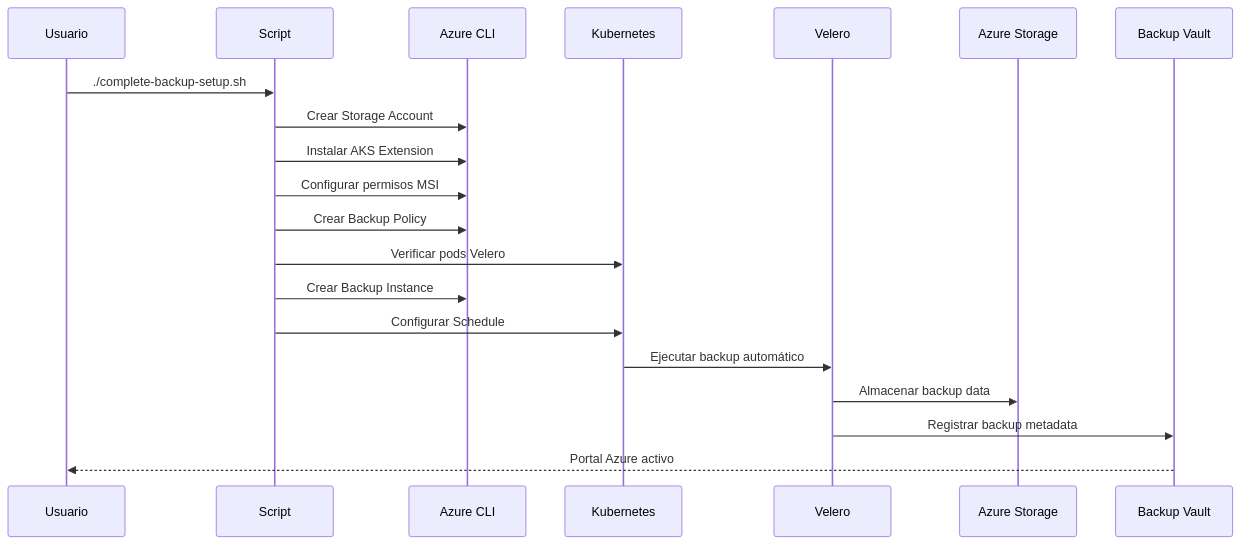
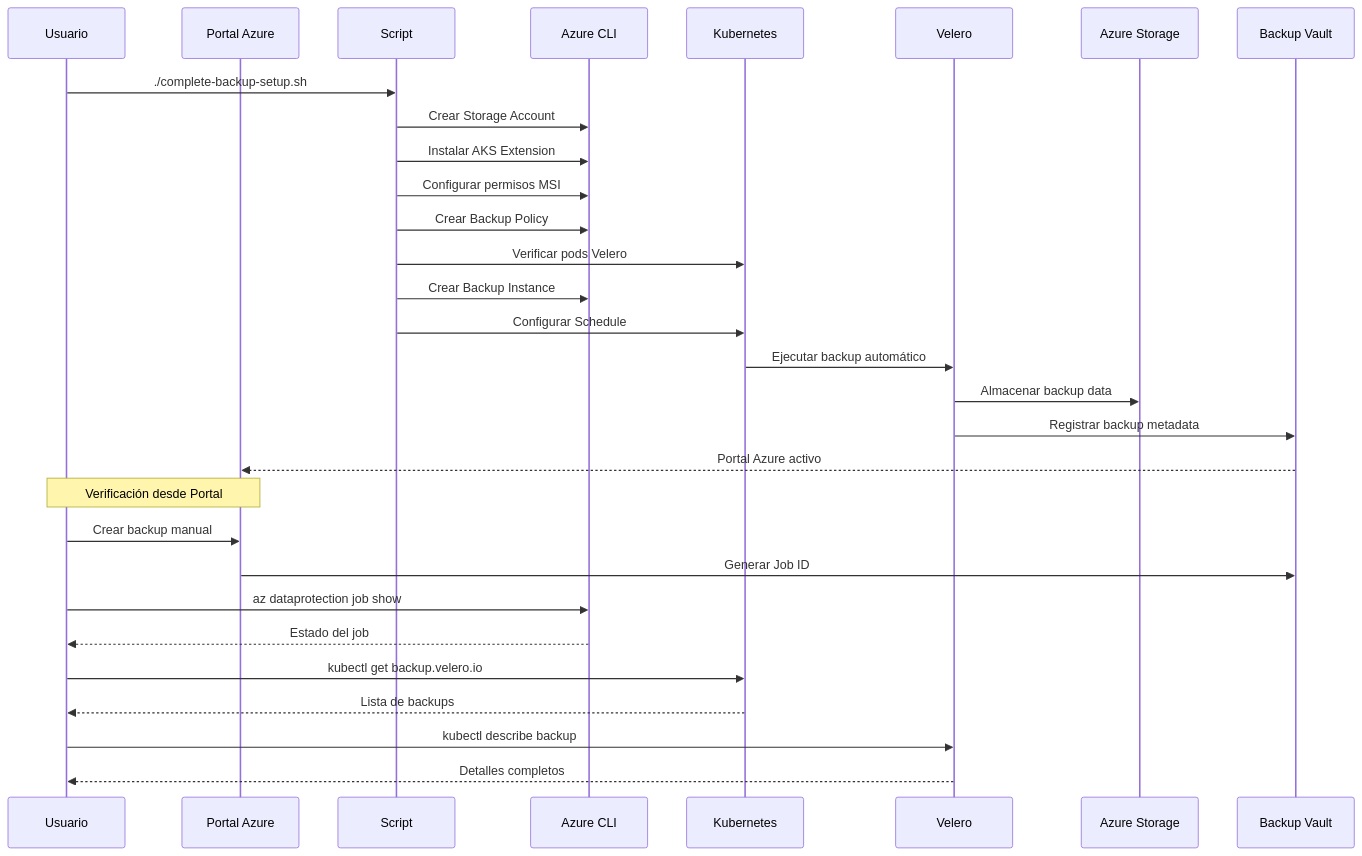
Before and after one commit to giovanemere/iac-ai-enhanced-aks-dev: the second of 18 diagrams in docs/backup-complete-guide.md, drawn with Mermaid. The commit also changed other lines of this file and 10 other files, not shown here.

````diff
--- a/docs/backup-complete-guide.md
+++ b/docs/backup-complete-guide.md
@@ -55,23 +95,34 @@
 ```mermaid
 sequenceDiagram
     participant U as Usuario
+    participant P as Portal Azure
     participant S as Script
     participant AZ as Azure CLI
     participant K8S as Kubernetes
     participant V as Velero
     participant AS as Azure Storage
     participant BV as Backup Vault
     
     U->>S: ./complete-backup-setup.sh
     S->>AZ: Crear Storage Account
     S->>AZ: Instalar AKS Extension
     S->>AZ: Configurar permisos MSI
     S->>AZ: Crear Backup Policy
     S->>K8S: Verificar pods Velero
     S->>AZ: Crear Backup Instance
     S->>K8S: Configurar Schedule
     K8S->>V: Ejecutar backup automático
     V->>AS: Almacenar backup data
     V->>BV: Registrar backup metadata
-    BV-->>U: Portal Azure activo
+    BV-->>P: Portal Azure activo
+    
+    Note over U,P: Verificación desde Portal
+    U->>P: Crear backup manual
+    P->>BV: Generar Job ID
+    U->>AZ: az dataprotection job show
+    AZ-->>U: Estado del job
+    U->>K8S: kubectl get backup.velero.io
+    K8S-->>U: Lista de backups
+    U->>V: kubectl describe backup
+    V-->>U: Detalles completos
 ```
````
